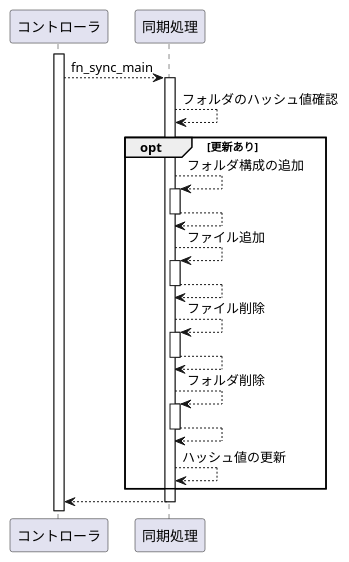
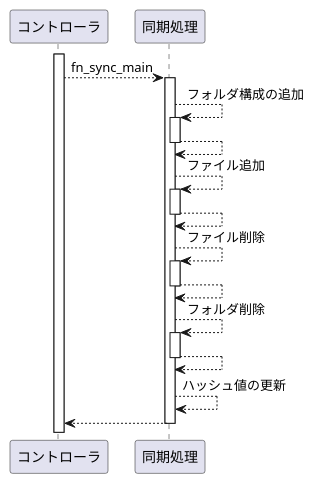
One commit to KiyoshiKazuma/PhotoAutoSyncSystem changed the diagram in 同期処理.pu. Above: the diagram before and after it, drawn with PlantUML. The commit also changed 3 other files, not shown here.

```diff
--- a/同期処理.pu
+++ b/同期処理.pu
@@ -1,28 +1,26 @@
 @startuml
 
 participant コントローラ as ctrl
 participant 同期処理 as sync
 
 activate ctrl
 ctrl --> sync : fn_sync_main
 activate sync
-sync --> sync : フォルダのハッシュ値確認
-opt 更新あり
 sync --> sync : フォルダ構成の追加
 activate sync
 return 
 sync --> sync : ファイル追加
 activate sync
 return 
 sync --> sync : ファイル削除
 activate sync
 return 
 sync --> sync : フォルダ削除
 activate sync
 return 
 sync --> sync:ハッシュ値の更新
-end
+
 return 
 
 
 @enduml
```
